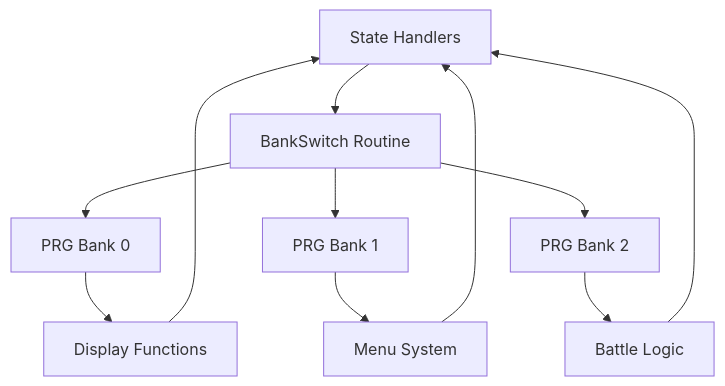
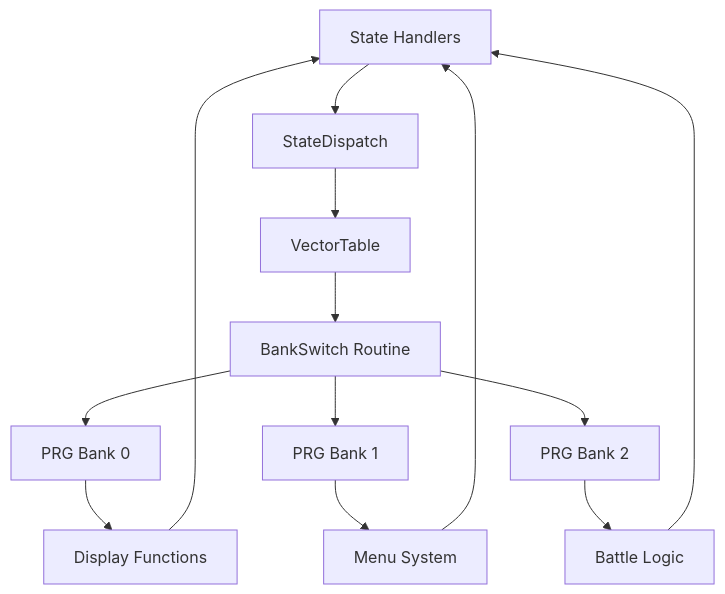
The seventh of 7 diagrams in .qoder/repowiki/en/content/Game State Management/Game State Management.md (rabbyzero/sango2dasm), drawn with Mermaid before and after one commit. The commit also changed other lines of this file and 9 other files, not shown here.

Commit message:
clean $E843-$F2AE manually. add comments. rename bank switch functions.

````diff
--- a/.qoder/repowiki/en/content/Game State Management/Game State Management.md
+++ b/.qoder/repowiki/en/content/Game State Management/Game State Management.md
@@ -317,13 +371,15 @@
 ```mermaid
 flowchart TD
-StateHandlers["State Handlers"] --> BankSwitch["BankSwitch Routine"]
+StateHandlers["State Handlers"] --> StateDispatch["StateDispatch"]
+StateDispatch --> VectorTable["VectorTable"]
+VectorTable --> BankSwitch["BankSwitch Routine"]
 BankSwitch --> PRGBank0["PRG Bank 0"]
 BankSwitch --> PRGBank1["PRG Bank 1"]
 BankSwitch --> PRGBank2["PRG Bank 2"]
 PRGBank0 --> DisplayFuncs["Display Functions"]
 PRGBank1 --> MenuSystem["Menu System"]
 PRGBank2 --> BattleLogic["Battle Logic"]
 DisplayFuncs --> StateHandlers
 MenuSystem --> StateHandlers
 BattleLogic --> StateHandlers
 ```
````
